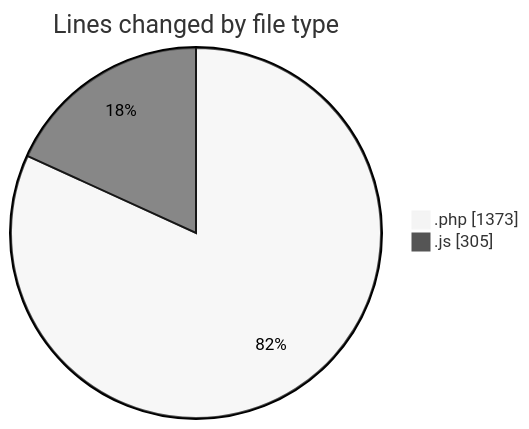
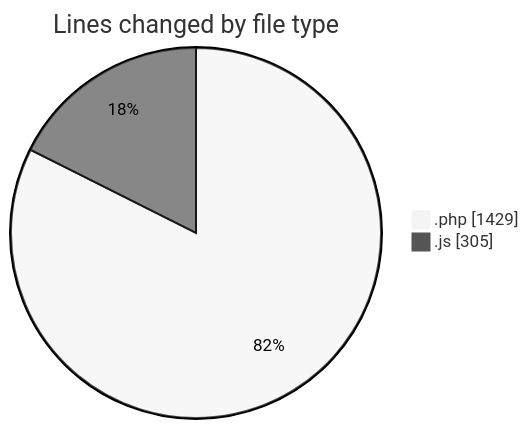
One commit to debugP/code-tracking changed the first of 2 diagrams in 2026-07-28/untitled__workspace_/README.md. Above: the diagram before and after it, drawn with Mermaid (neutral theme). The commit also changed other lines of this file and 1 other file, not shown here.

````diff
--- a/2026-07-28/untitled__workspace_/README.md
+++ b/2026-07-28/untitled__workspace_/README.md
@@ -22,6 +22,6 @@
 ```mermaid
 pie showData
 title Lines changed by file type
-".php" : 1373
+".php" : 1429
 ".js" : 305
 ```
````
